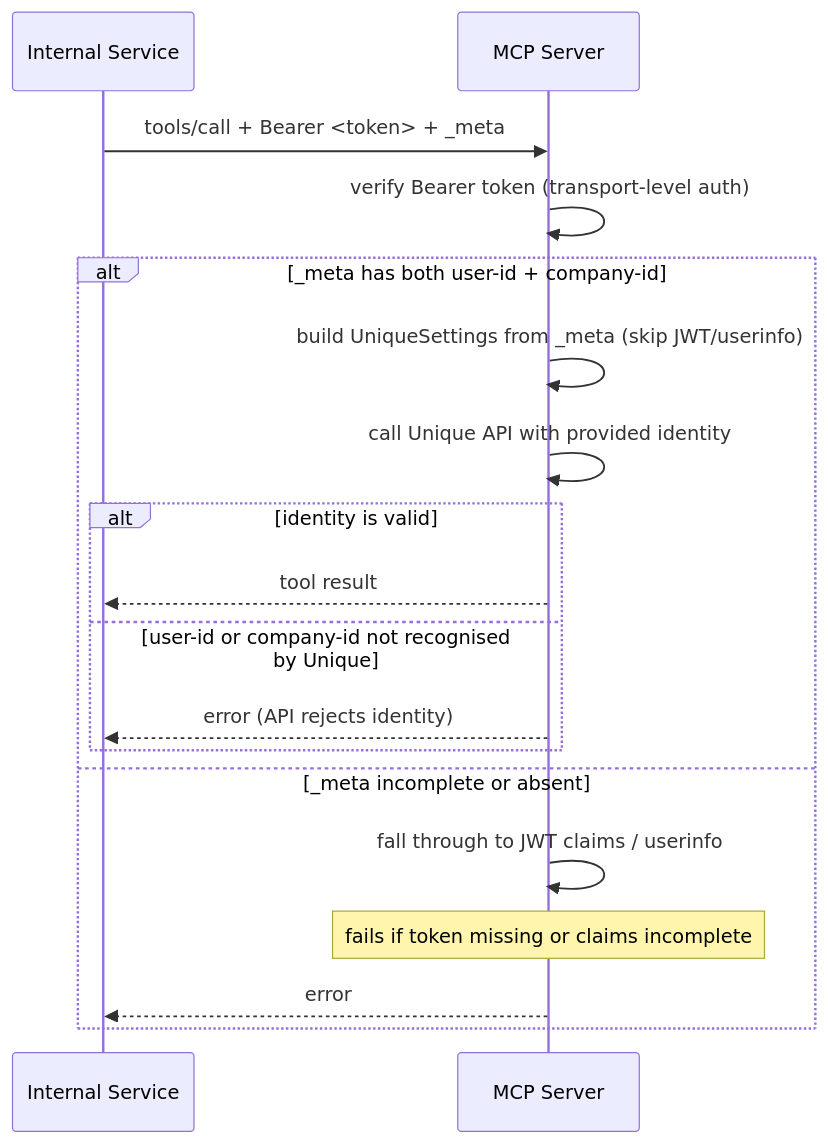
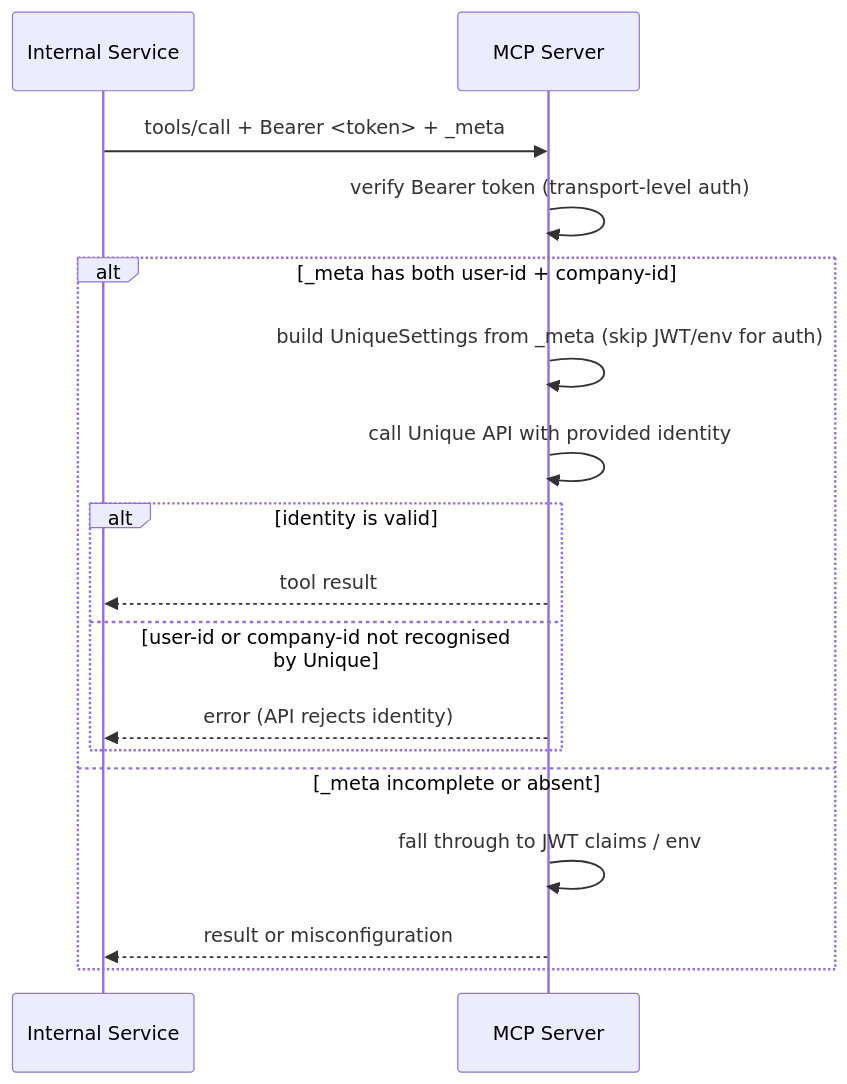
One commit to Unique-AG/ai changed the fourth of 4 diagrams in unique_mcp/README.md. Above: the diagram before and after it, drawn with Mermaid. The commit also changed other lines of this file and 17 other files, not shown here.

Commit message:
fix(mcp): Update how mcp obtains settings

````diff
--- a/unique_mcp/README.md
+++ b/unique_mcp/README.md
@@ -171,21 +182,20 @@
 ```mermaid
 sequenceDiagram
     participant InternalSvc as Internal Service
     participant MCP as MCP Server
 
     InternalSvc->>MCP: tools/call + Bearer <token> + _meta
     MCP->>MCP: verify Bearer token (transport-level auth)
     alt _meta has both user-id + company-id
-        MCP->>MCP: build UniqueSettings from _meta (skip JWT/userinfo)
+        MCP->>MCP: build UniqueSettings from _meta (skip JWT/env for auth)
         MCP->>MCP: call Unique API with provided identity
         alt identity is valid
             MCP-->>InternalSvc: tool result
         else user-id or company-id not recognised by Unique
             MCP-->>InternalSvc: error (API rejects identity)
         end
     else _meta incomplete or absent
-        MCP->>MCP: fall through to JWT claims / userinfo
-        Note over MCP: fails if token missing or claims incomplete
-        MCP-->>InternalSvc: error
+        MCP->>MCP: fall through to JWT claims / env
+        MCP-->>InternalSvc: result or misconfiguration
     end
 ```
````
